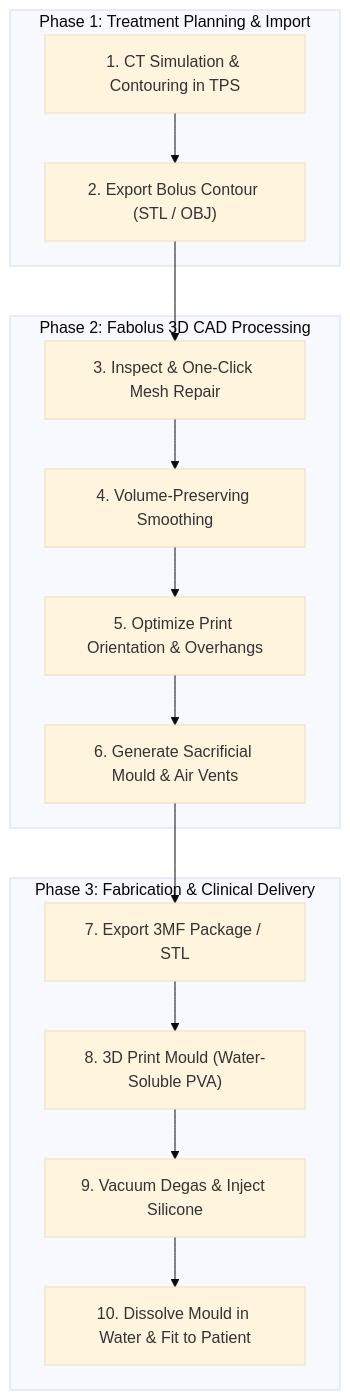
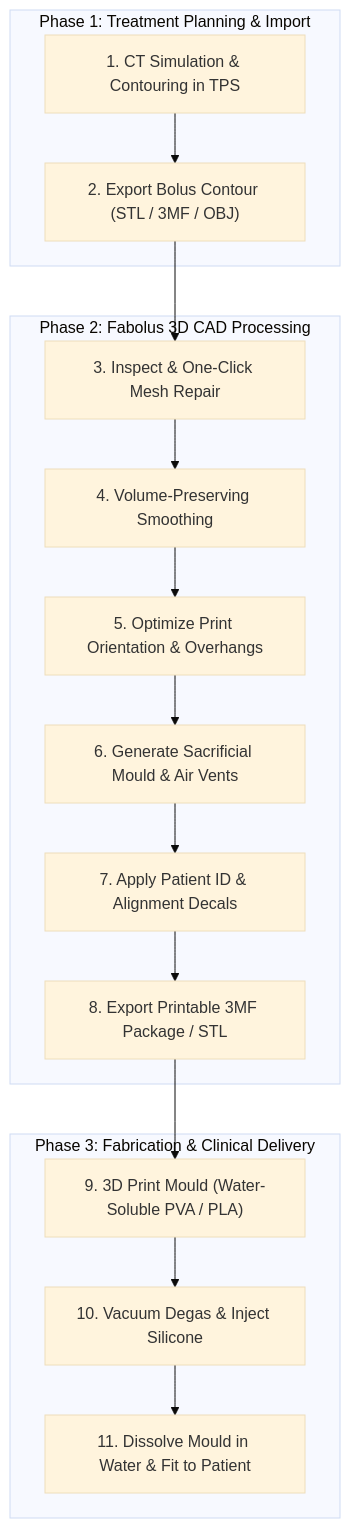
Before and after one commit to nsmela/Fabolus: the diagram in docs/README.md, drawn with Mermaid (base theme). The commit also changed 1 other file, not shown here.

Commit message:
docs: add 3MF to step 2, and decals + export to phase 2 in workflow flowchart

````diff
--- a/docs/README.md
+++ b/docs/README.md
@@ -60,21 +60,22 @@
 ```mermaid
 flowchart TD
     subgraph P1 ["Phase 1: Treatment Planning & Import"]
-        A["1. CT Simulation & Contouring in TPS"] --> B["2. Export Bolus Contour (STL / OBJ)"]
+        A["1. CT Simulation & Contouring in TPS"] --> B["2. Export Bolus Contour (STL / 3MF / OBJ)"]
     end
 
     subgraph P2 ["Phase 2: Fabolus 3D CAD Processing"]
         C["3. Inspect & One-Click Mesh Repair"] --> D["4. Volume-Preserving Smoothing"]
         D --> E["5. Optimize Print Orientation & Overhangs"]
         E --> F["6. Generate Sacrificial Mould & Air Vents"]
+        F --> G["7. Apply Patient ID & Alignment Decals"]
+        G --> H["8. Export Printable 3MF Package / STL"]
     end
 
     subgraph P3 ["Phase 3: Fabrication & Clinical Delivery"]
-        G["7. Export 3MF Package / STL"] --> H["8. 3D Print Mould (Water-Soluble PVA)"]
-        H --> I["9. Vacuum Degas & Inject Silicone"]
-        I --> J["10. Dissolve Mould in Water & Fit to Patient"]
+        I["9. 3D Print Mould (Water-Soluble PVA / PLA)"] --> J["10. Vacuum Degas & Inject Silicone"]
+        J --> K["11. Dissolve Mould in Water & Fit to Patient"]
     end
 
     B --> C
-    F --> G
+    H --> I
 ```
````
